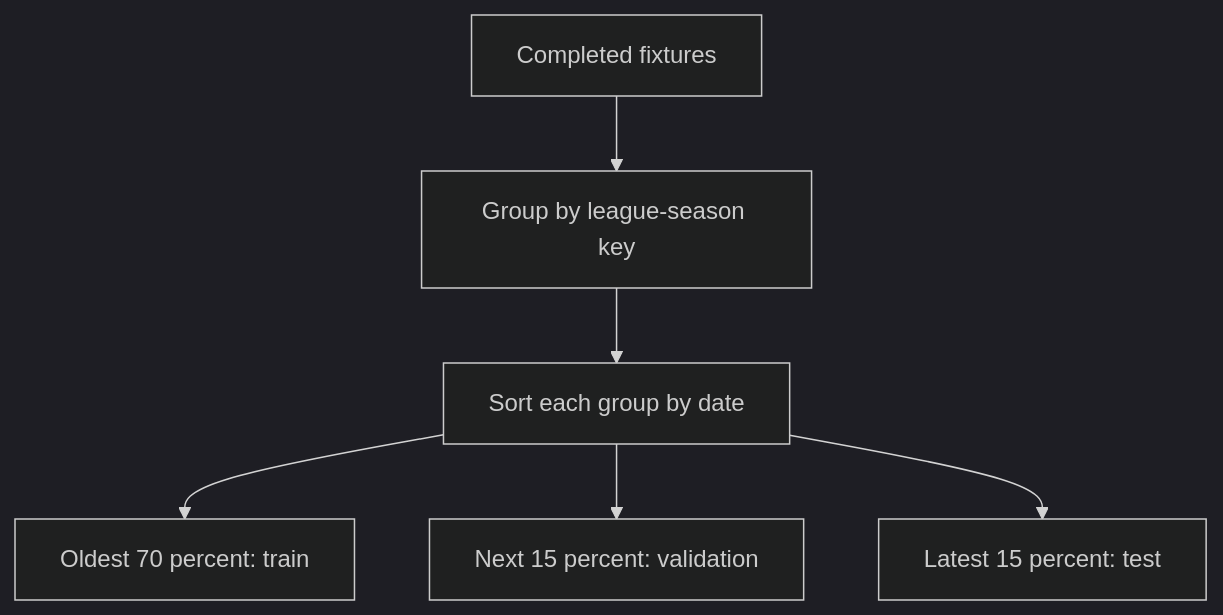
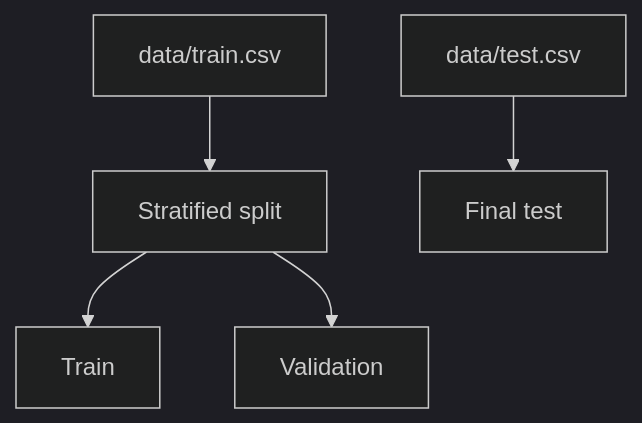
The second of 3 diagrams in docs/architecture.md (oguzhanozkaya/chess-position-recognition), drawn with Mermaid (dark theme) before and after one commit. The commit also changed other lines of this file and 14 other files, not shown here.

````diff
--- a/docs/architecture.md
+++ b/docs/architecture.md
@@ -56,8 +55,7 @@
 ```mermaid
 flowchart TD
-    A[Completed fixtures] --> B[Group by league-season key]
-    B --> C[Sort each group by date]
-    C --> D[Oldest 70 percent: train]
-    C --> E[Next 15 percent: validation]
-    C --> F[Latest 15 percent: test]
+    A[data/train.csv] --> B[Stratified split]
+    B --> C[Train]
+    B --> D[Validation]
+    E[data/test.csv] --> F[Final test]
 ```
````
